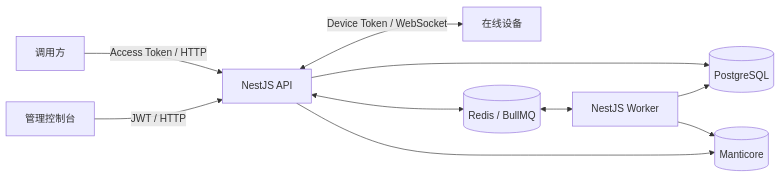
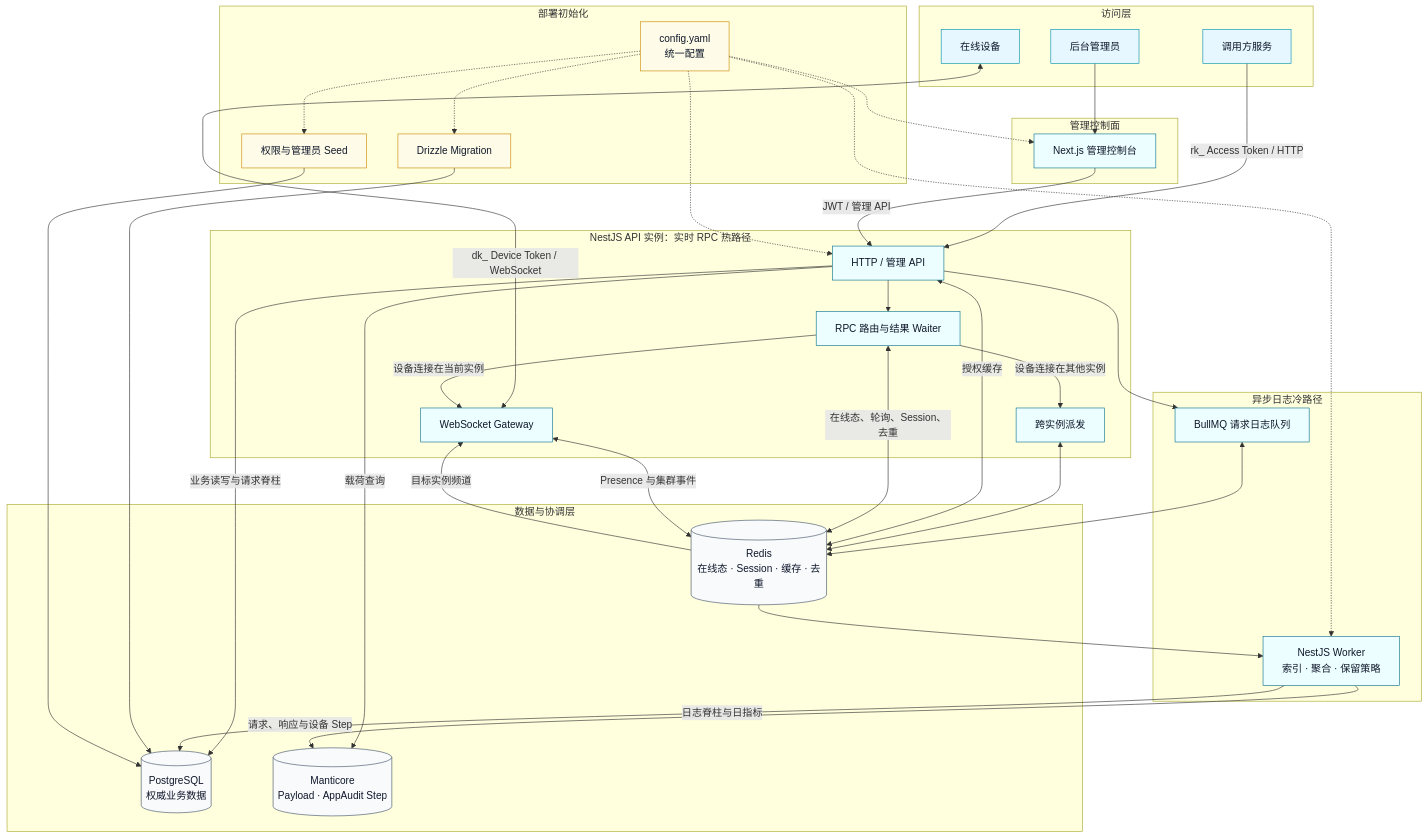
Before and after one commit to rezoch340/R2RPC: the diagram in README.md, drawn with Mermaid. The commit also changed other lines of this file and 12 other files, not shown here.

Commit message:
📚 补充项目架构与控制台截图

````diff
--- a/README.md
+++ b/README.md
@@ -54,14 +125,75 @@
 ```mermaid
-flowchart LR
-  Caller["调用方"] -->|"Access Token / HTTP"| API["NestJS API"]
-  Console["管理控制台"] -->|"JWT / HTTP"| API
-  API <-->|"Device Token / WebSocket"| Device["在线设备"]
+flowchart TB
+  subgraph AccessLayer["访问层"]
+    Caller["调用方服务"]
+    Administrator["后台管理员"]
+    Device["在线设备"]
+  end
 
-  API --> PostgreSQL[("PostgreSQL")]
-  API <--> Redis[("Redis / BullMQ")]
-  API --> Manticore[("Manticore")]
+  subgraph ControlPlane["管理控制面"]
+    Frontend["Next.js 管理控制台"]
+  end
 
-  Redis <--> Worker["NestJS Worker"]
-  Worker --> PostgreSQL
-  Worker --> Manticore
+  subgraph RealtimePlane["NestJS API 实例：实时 RPC 热路径"]
+    API["HTTP / 管理 API"]
+    Router["RPC 路由与结果 Waiter"]
+    Gateway["WebSocket Gateway"]
+    CrossInstance["跨实例派发"]
+  end
+
+  subgraph AsyncPlane["异步日志冷路径"]
+    Queue["BullMQ 请求日志队列"]
+    Worker["NestJS Worker<br/>索引 · 聚合 · 保留策略"]
+  end
+
+  subgraph DataPlane["数据与协调层"]
+    PostgreSQL[("PostgreSQL<br/>权威业务数据")]
+    Redis[("Redis<br/>在线态 · Session · 缓存 · 去重")]
+    Manticore[("Manticore<br/>Payload · AppAudit Step")]
+  end
+
+  subgraph Bootstrap["部署初始化"]
+    Migration["Drizzle Migration"]
+    Seed["权限与管理员 Seed"]
+    Configuration["config.yaml<br/>统一配置"]
+  end
+
+  Caller -->|"rk_ Access Token / HTTP"| API
+  Administrator --> Frontend
+  Frontend -->|"JWT / 管理 API"| API
+  Device <-->|"dk_ Device Token / WebSocket"| Gateway
+
+  API --> Router
+  Router -->|"设备连接在当前实例"| Gateway
+  Router -->|"设备连接在其他实例"| CrossInstance
+  CrossInstance <--> Redis
+  Redis -->|"目标实例频道"| Gateway
+
+  API -->|"业务读写与请求脊柱"| PostgreSQL
+  API <-->|"授权缓存"| Redis
+  Router <-->|"在线态、轮询、Session、去重"| Redis
+  Gateway <-->|"Presence 与集群事件"| Redis
+  API -->|"载荷查询"| Manticore
+  API --> Queue
+  Queue <--> Redis
+  Redis --> Worker
+  Worker -->|"日志脊柱与日指标"| PostgreSQL
+  Worker -->|"请求、响应与设备 Step"| Manticore
+
+  Migration --> PostgreSQL
+  Seed --> PostgreSQL
+  Configuration -.-> API
+  Configuration -.-> Worker
+  Configuration -.-> Frontend
+  Configuration -.-> Migration
+  Configuration -.-> Seed
+
+  classDef access fill:#e6f7ff,stroke:#0891b2,color:#0f172a;
+  classDef service fill:#ecfeff,stroke:#0e7490,color:#0f172a;
+  classDef data fill:#f8fafc,stroke:#475569,color:#0f172a;
+  classDef bootstrap fill:#fefce8,stroke:#ca8a04,color:#0f172a;
+  class Caller,Administrator,Device access;
+  class Frontend,API,Router,Gateway,CrossInstance,Queue,Worker service;
+  class PostgreSQL,Redis,Manticore data;
+  class Migration,Seed,Configuration bootstrap;
 ```
````
